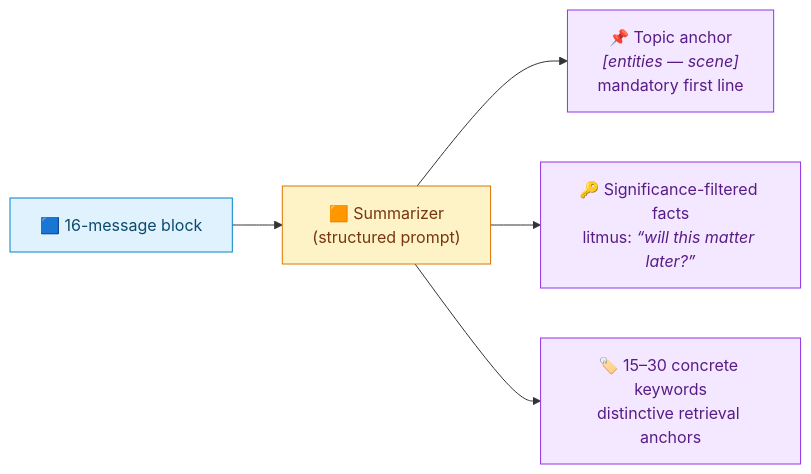
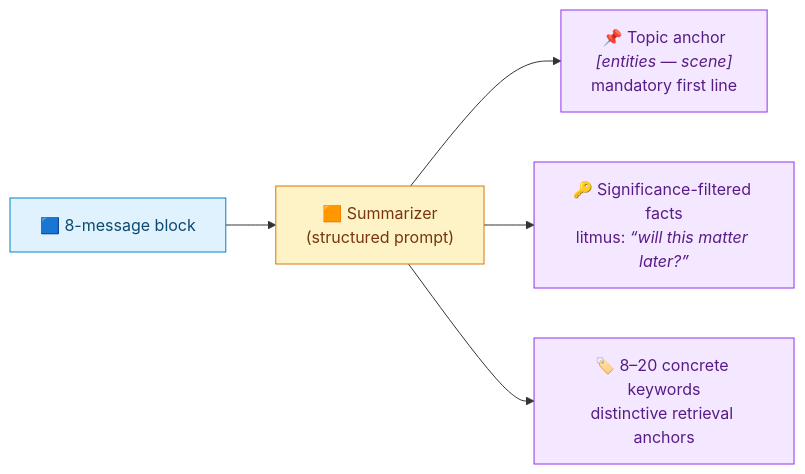
Before and after one commit to Inktomi93/neo-tavern: the third of 8 diagrams in docs/memory-diagram.md, drawn with Mermaid. The commit also changed other lines of this file and 1 other file, not shown here.

````diff
--- a/docs/memory-diagram.md
+++ b/docs/memory-diagram.md
@@ -85,11 +85,11 @@
 ```mermaid
 flowchart LR
-    BLK["🟦 16-message block"]:::canon --> SUM["🟧 Summarizer<br/>(structured prompt)"]:::model
+    BLK["🟦 8-message block"]:::canon --> SUM["🟧 Summarizer<br/>(structured prompt)"]:::model
     SUM --> ANCH["📌 Topic anchor<br/><i>[entities — scene]</i><br/>mandatory first line"]:::digest
     SUM --> FACT["🔑 Significance-filtered facts<br/>litmus: <i>“will this matter later?”</i>"]:::digest
-    SUM --> KW["🏷️ 15–30 concrete keywords<br/>distinctive retrieval anchors"]:::digest
+    SUM --> KW["🏷️ 8–20 concrete keywords<br/>distinctive retrieval anchors"]:::digest
 
     classDef canon fill:#e0f2fe,stroke:#0284c7,color:#0c4a6e;
     classDef model fill:#fef3c7,stroke:#d97706,color:#78350f;
     classDef digest fill:#f3e8ff,stroke:#9333ea,color:#581c87;
 ```
````
